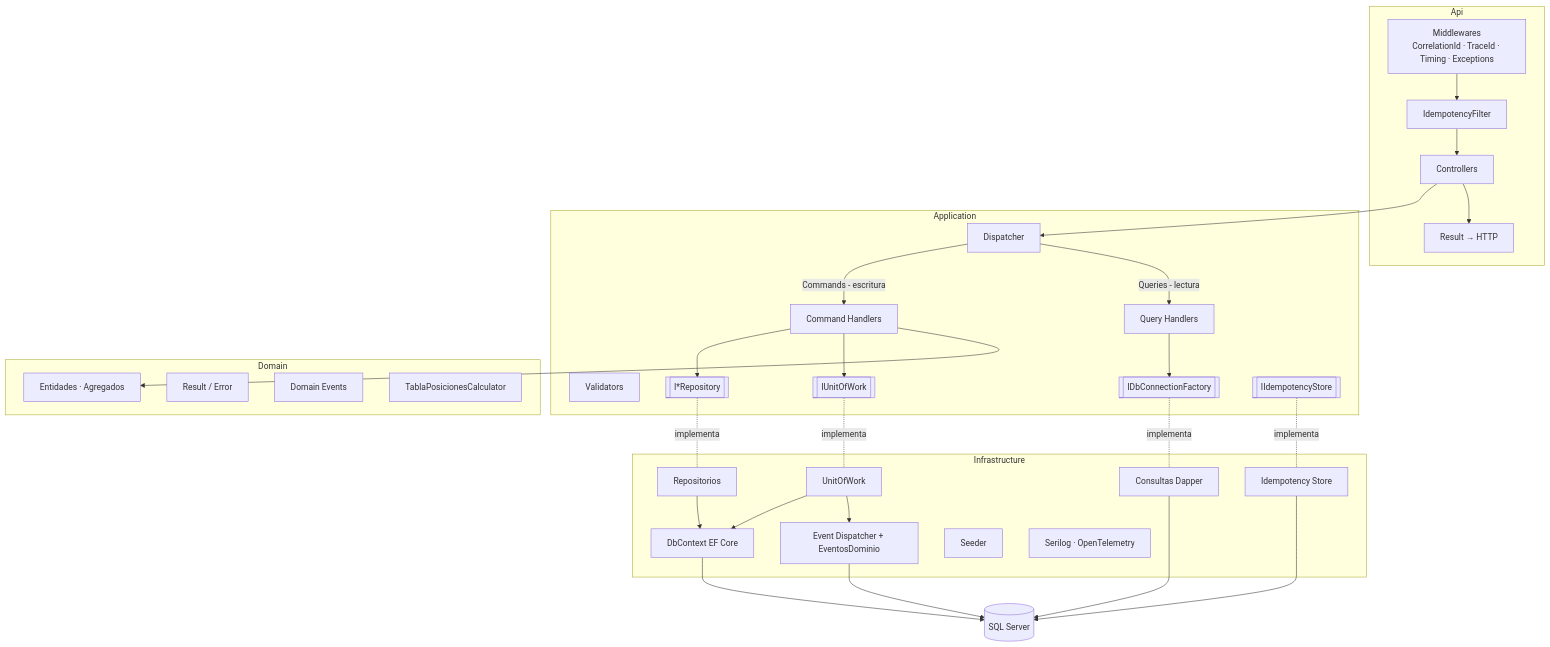
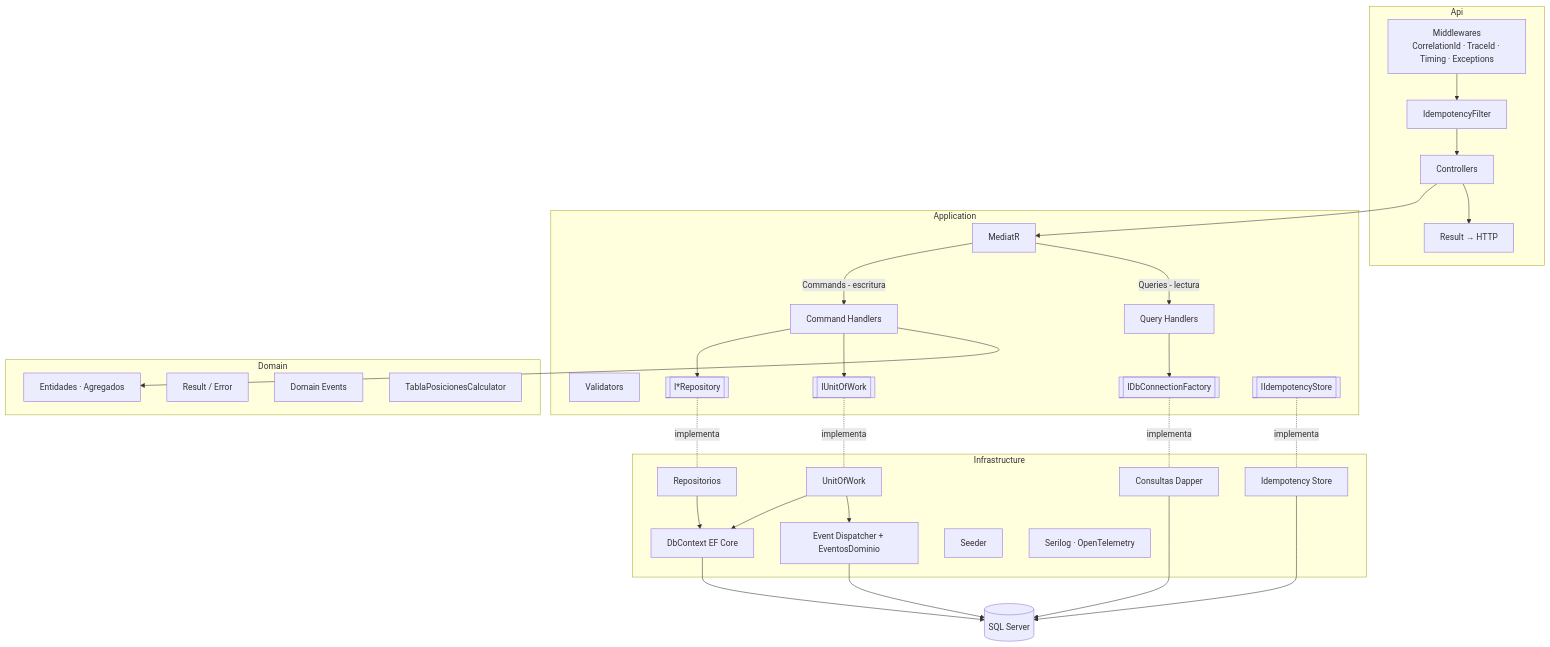
Before and after one commit to CsarGR-Dev/MundialitoCorporativo-: the second of 3 diagrams in Analisis/13_Diagrama_Arquitectura.md, drawn with Mermaid. The commit also changed 33 other files, not shown here.

````diff
--- a/Analisis/13_Diagrama_Arquitectura.md
+++ b/Analisis/13_Diagrama_Arquitectura.md
@@ -32,53 +32,53 @@
 ```mermaid
 flowchart TB
     subgraph Api
         MW[Middlewares<br/>CorrelationId · TraceId · Timing · Exceptions]
         IF[IdempotencyFilter]
         C[Controllers]
         RX[Result → HTTP]
     end
     subgraph Application
-        D[Dispatcher]
+        D[MediatR]
         CMD[Command Handlers]
         QRY[Query Handlers]
         VAL[Validators]
         IUOW[[IUnitOfWork]]
         IREPO[[I*Repository]]
         IRead[[IDbConnectionFactory]]
         IIdem[[IIdempotencyStore]]
     end
     subgraph Domain
         ENT[Entidades · Agregados]
         RES[Result / Error]
         EV[Domain Events]
         CALC[TablaPosicionesCalculator]
     end
     subgraph Infrastructure
         UOW[UnitOfWork]
         CTX[DbContext EF Core]
         REPO[Repositorios]
         DAP[Consultas Dapper]
         IST[Idempotency Store]
         DISP[Event Dispatcher + EventosDominio]
         SEED[Seeder]
         LOG[Serilog · OpenTelemetry]
     end
     DB[(SQL Server)]
 
     MW --> IF --> C --> D
     D -->|Commands - escritura| CMD
     D -->|Queries - lectura| QRY
     CMD --> IREPO & IUOW
     QRY --> IRead
     CMD --> ENT
     IUOW -.implementa.- UOW
     IREPO -.implementa.- REPO
     IRead -.implementa.- DAP
     IIdem -.implementa.- IST
     UOW --> CTX --> DB
     REPO --> CTX
     DAP --> DB
     IST --> DB
     UOW --> DISP --> DB
     C --> RX
 ```
````
